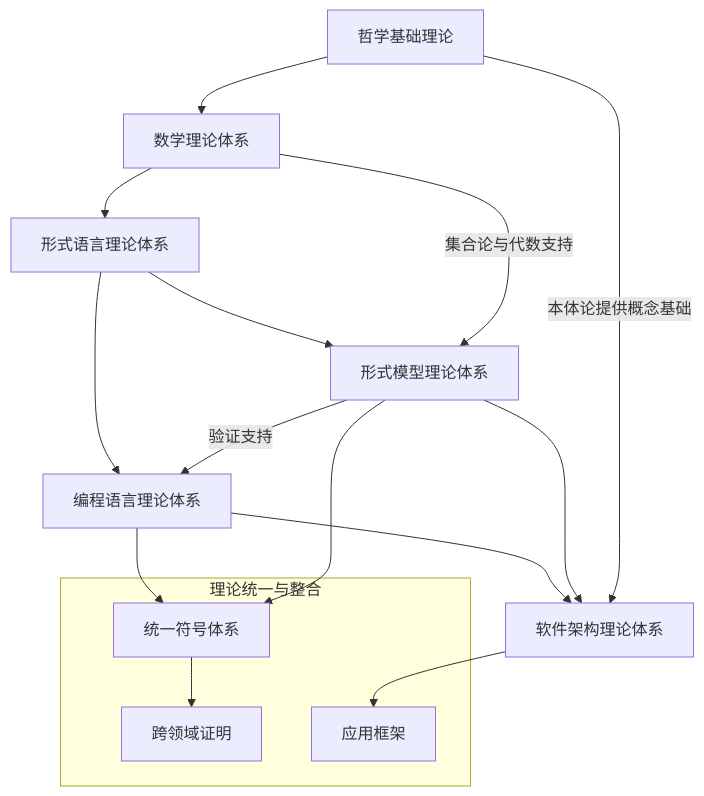
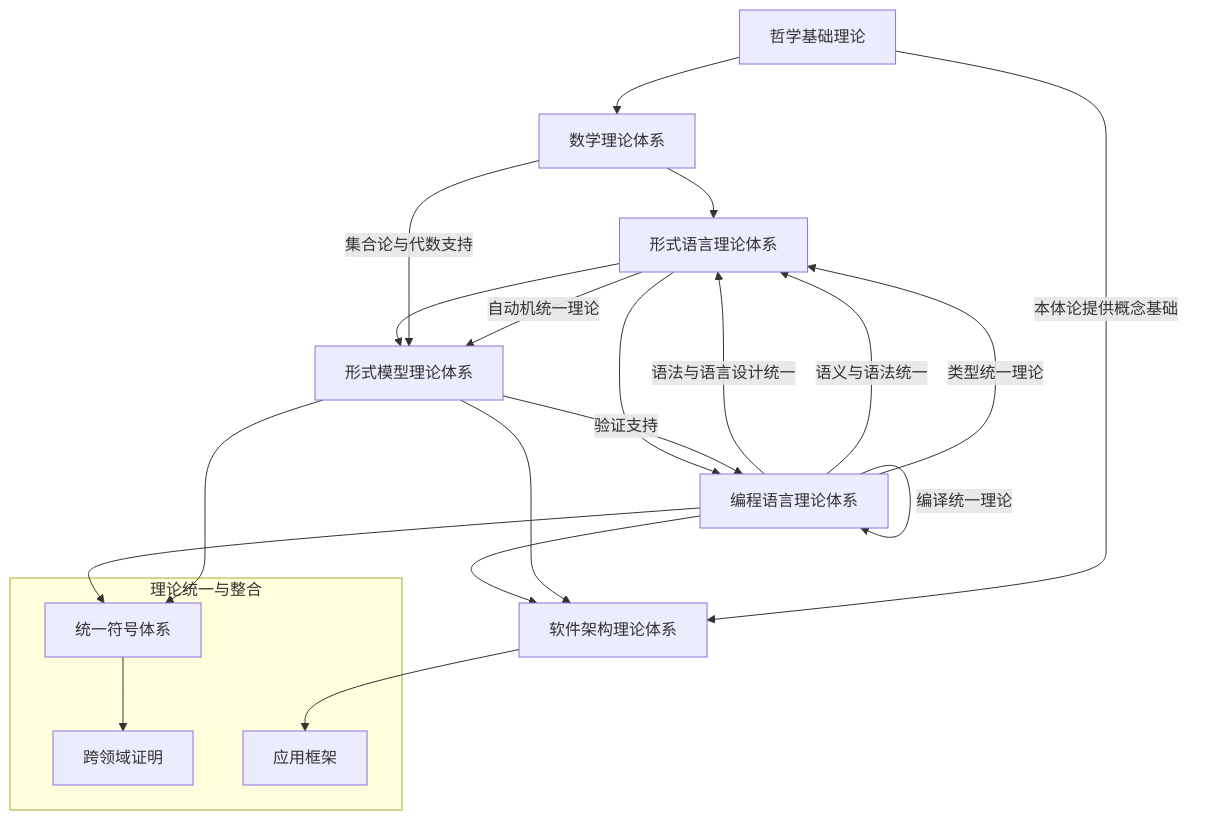
Before and after one commit to AdaMartin18010/formal-architecture: the third of 11 diagrams in Analysis/项目知识图谱.md, drawn with Mermaid. The commit also changed other lines of this file and 39 other files, not shown here.

````diff
--- a/Analysis/项目知识图谱.md
+++ b/Analysis/项目知识图谱.md
@@ -128,24 +139,31 @@
 ```mermaid
 graph TB
     A[哲学基础理论] --> B[数学理论体系]
     B --> C[形式语言理论体系]
     C --> D[编程语言理论体系]
     C --> E[形式模型理论体系]
     D --> F[软件架构理论体系]
     E --> F
     
     A -- "本体论提供概念基础" --> F
     B -- "集合论与代数支持" --> E
     E -- "验证支持" --> D
     
     subgraph "理论统一与整合"
       G[统一符号体系]
       H[跨领域证明]
       I[应用框架]
     end
     
     F --> I
     D --> G
     E --> G
     G --> H
+    
+    %% 合并后的关系
+    C -- "自动机统一理论" --> E
+    D -- "语法与语言设计统一" --> C
+    D -- "语义与语法统一" --> C
+    D -- "类型统一理论" --> C
+    D -- "编译统一理论" --> D
 ```
````
